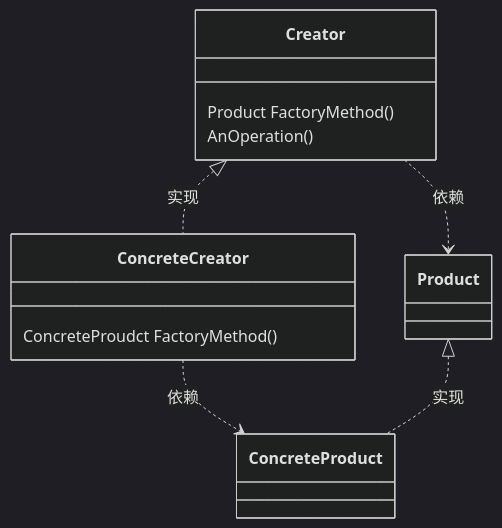
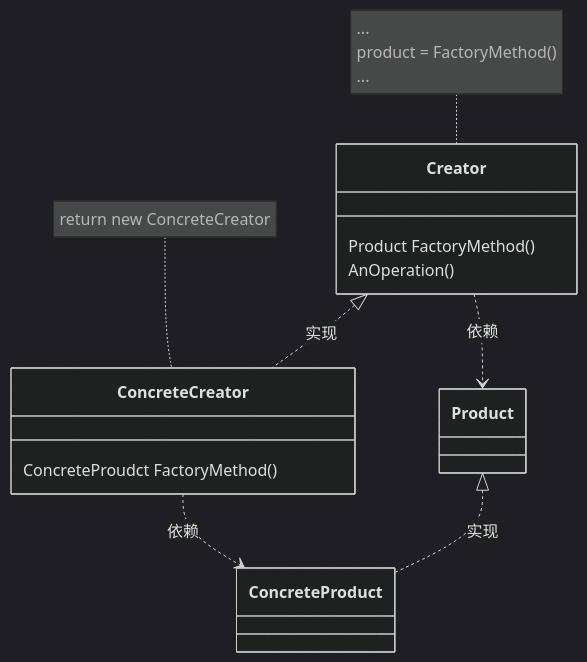
Before and after one commit to David-5-5/tutorial: the ninth of 16 diagrams in docs/designpattern/creator.md, drawn with Mermaid (dark theme). The commit also changed other lines of this file, not shown here.

Commit message:
Add note for class diagram

````diff
--- a/docs/designpattern/creator.md
+++ b/docs/designpattern/creator.md
@@ -562,19 +566,26 @@
 ```mermaid
 classDiagram
 
 class Creator {
     Product FactoryMethod()
     AnOperation()
 }
 
+note for Creator"...
+product = FactoryMethod()
+..."
+
 class ConcreteCreator {
     ConcreteProudct FactoryMethod()
 }
+
+note for ConcreteCreator "return new ConcreteCreator"
+
 
 Creator ..> Product : 依赖
 ConcreteCreator ..> ConcreteProduct : 依赖
 
 Product <|.. ConcreteProduct : 实现
 Creator <|.. ConcreteCreator : 实现
 
 ```
````
